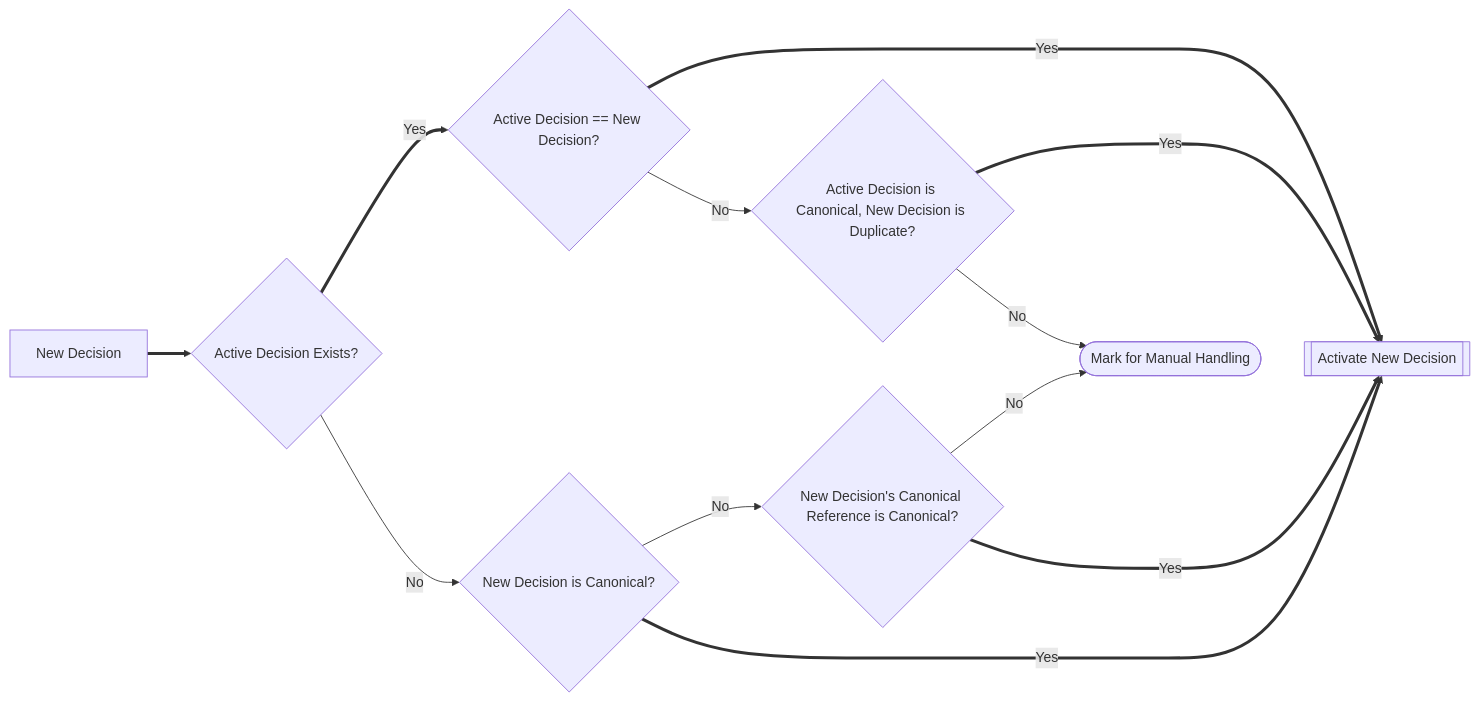
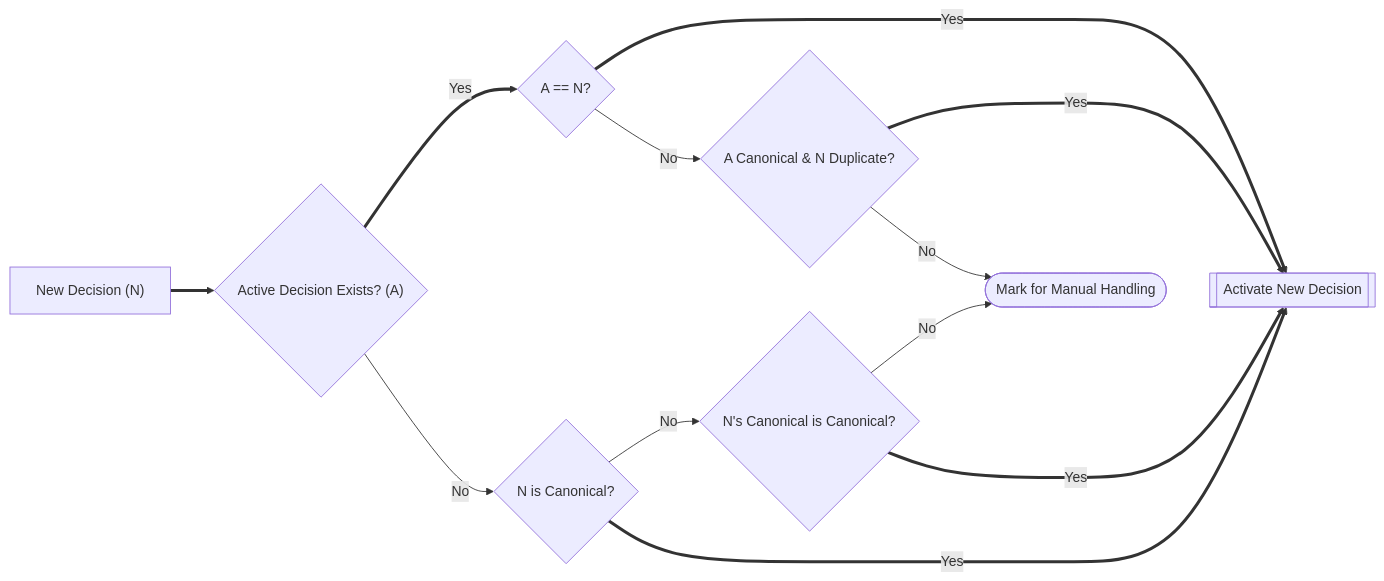
The fourth of 4 diagrams in docs/procedures/deduplication.rst (destiny-evidence/destiny-repository), drawn with Mermaid before and after one commit. The commit also changed other lines of this file and 1 other file, not shown here.

```diff
--- a/docs/procedures/deduplication.rst
+++ b/docs/procedures/deduplication.rst
@@ -130,25 +153,25 @@
 .. mermaid::
 
     flowchart LR
 
-        N[New Decision]
-        C1{Active Decision Exists?}
-        C2{Active Decision == New Decision?}
-        C3{Active Decision is Canonical, New Decision is Duplicate?}
-        C4{New Decision is Canonical?}
-        C5{New Decision's Canonical Reference is Canonical?}
+        N["New Decision (N)"]
+        C1{"Active Decision Exists? (A)"}
+        C2{A == N?}
+        C3{A Canonical & N Duplicate?}
+        C4{N is Canonical?}
+        C5{N's Canonical is Canonical?}
         T[[Activate New Decision]]
         M([Mark for Manual Handling])
 
         N ==> C1
         C1 ==>|Yes| C2
         C1 -->|No| C4
         C2 ==>|Yes| T
         C2 -->|No| C3
         C3 ==>|Yes| T
         C3 -->|No| M
         C4 -->|No| C5
         C4 ==>|Yes| T
         C5 -->|No| M
         C5 ==>|Yes| T
         M ~~~ T
```
